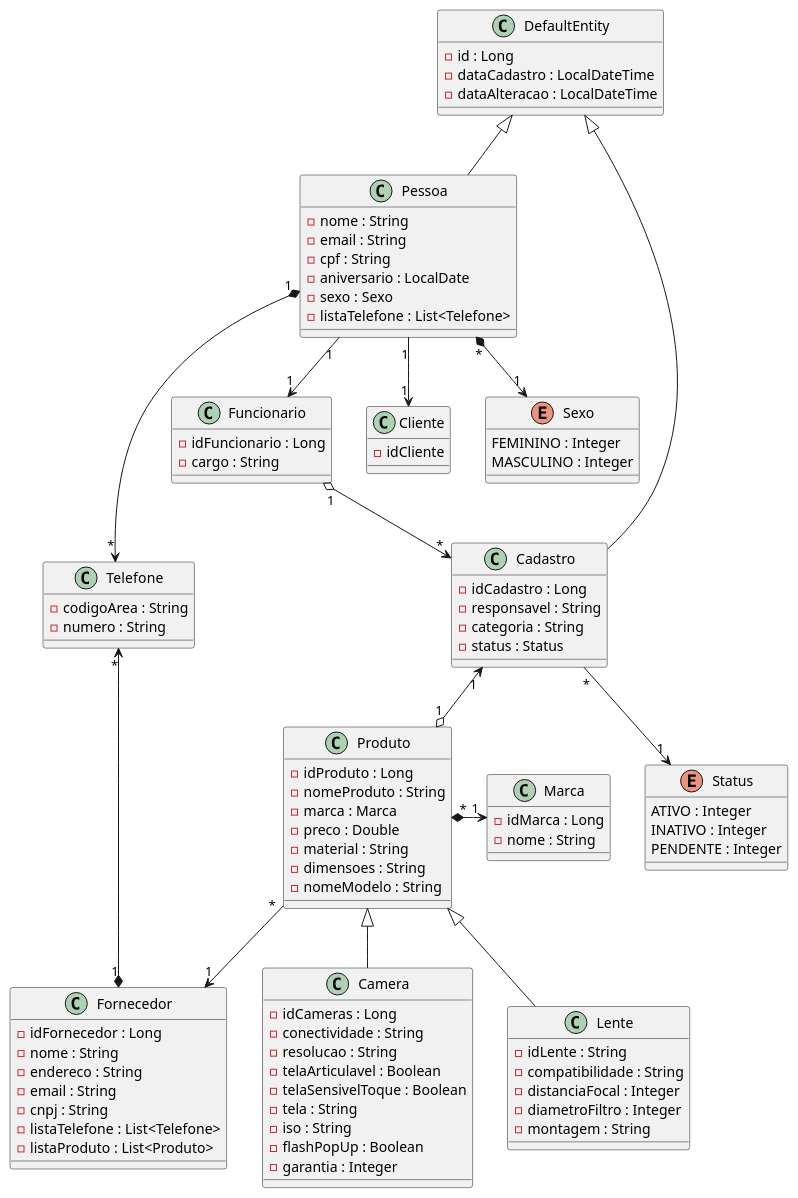
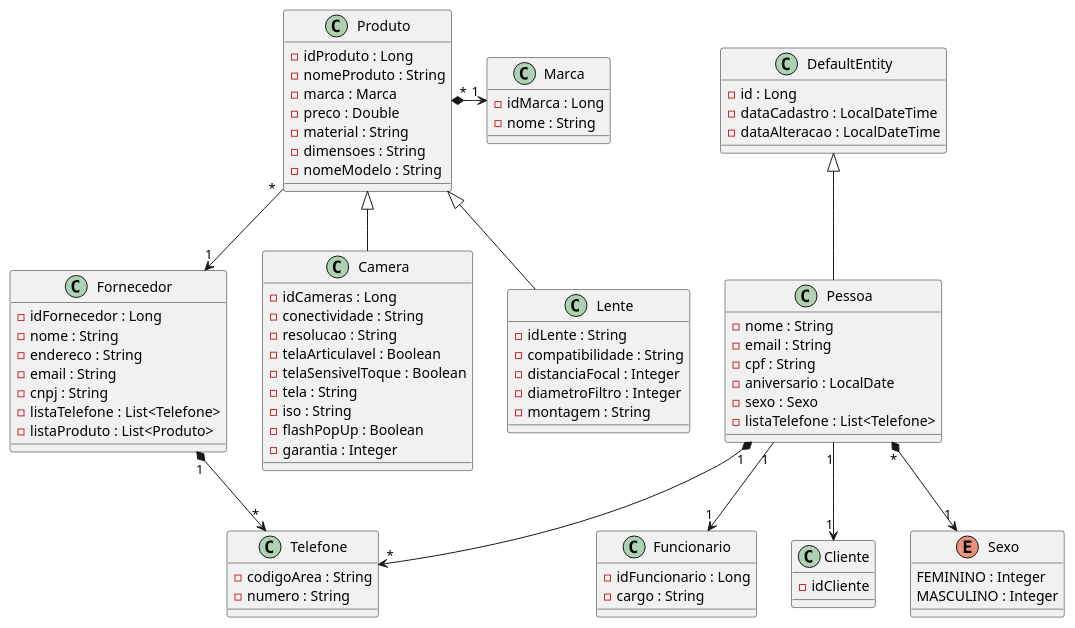
One commit to HugoValuar03/ecommerce changed the diagram in src/main/java/br/unitins/topicos1/UML/modelo.plantuml. Above: the diagram before and after it, drawn with PlantUML. The commit also changed 28 other files, not shown here.

```diff
--- a/src/main/java/br/unitins/topicos1/UML/modelo.plantuml
+++ b/src/main/java/br/unitins/topicos1/UML/modelo.plantuml
@@ -1,119 +1,98 @@
 @startuml ecommerce
 class Pessoa{
   - nome : String
   - email : String
   - cpf : String
   - aniversario : LocalDate
   - sexo : Sexo
   - listaTelefone : List<Telefone>
 }
-
-
-class Cadastro{
-  - idCadastro : Long
-  - responsavel : String
-  - categoria : String
-  - status : Status 
-}
-
-
-Enum Status{
-  ATIVO : Integer
-  INATIVO : Integer
-  PENDENTE : Integer
-}
-
 
 class Funcionario{
   - idFuncionario : Long
   - cargo : String 
 }
 
 class Cliente{
   - idCliente
 }
 
 
 Enum Sexo{
   FEMININO : Integer
   MASCULINO : Integer
 }
 
 
 class Fornecedor{
   - idFornecedor : Long
   - nome : String
   - endereco : String 
   - email : String
   - cnpj : String
   - listaTelefone : List<Telefone>
   - listaProduto : List<Produto>
 }
 
 
 class Produto{
   - idProduto : Long
   - nomeProduto : String
   - marca : Marca
   - preco : Double
   - material : String
   - dimensoes : String
   - nomeModelo : String
 }
 
 class Camera{
   - idCameras : Long
   - conectividade : String
   - resolucao : String
   - telaArticulavel : Boolean
   - telaSensivelToque : Boolean
   - tela : String
   - iso : String
   - flashPopUp : Boolean
   - garantia : Integer
 }
 
 class Marca{
   - idMarca : Long
   - nome : String
 }
 
 
 class Lente{
   - idLente : String
   - compatibilidade : String
   - distanciaFocal : Integer
   - diametroFiltro : Integer
   - montagem : String
 }
 
 class DefaultEntity{
   - id : Long
   - dataCadastro : LocalDateTime
   - dataAlteracao : LocalDateTime
 }
 
 class Telefone{
   - codigoArea : String
   - numero : String
 }
 
-Pessoa "1" *-right-> "*" Telefone
+Pessoa "1" *--> "*" Telefone
 Pessoa "1" --> "1" Funcionario
 Pessoa "1" --> "1" Cliente
 Pessoa "*" *--> "1" Sexo
 
-DefaultEntity <|-- Cadastro
-DefaultEntity <|-- Pessoa
-
-Cadastro "*" --> "1" Status
-Funcionario "1" o--> "*" Cadastro
-Cadastro "1" <--o "1" Produto
+Pessoa -up-|> DefaultEntity 
 
 Marca "1" <-left-* "*" Produto
 
-Fornecedor "1" *-left-> "*" Telefone
+Fornecedor "1" *--> "*" Telefone
 Produto "*" --> "1" Fornecedor
 Produto <|-- Camera
 Produto <|-- Lente
 @enduml
```
